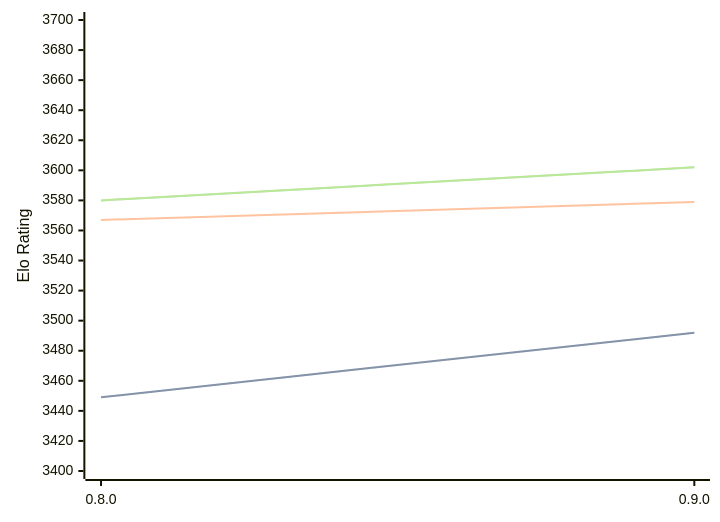
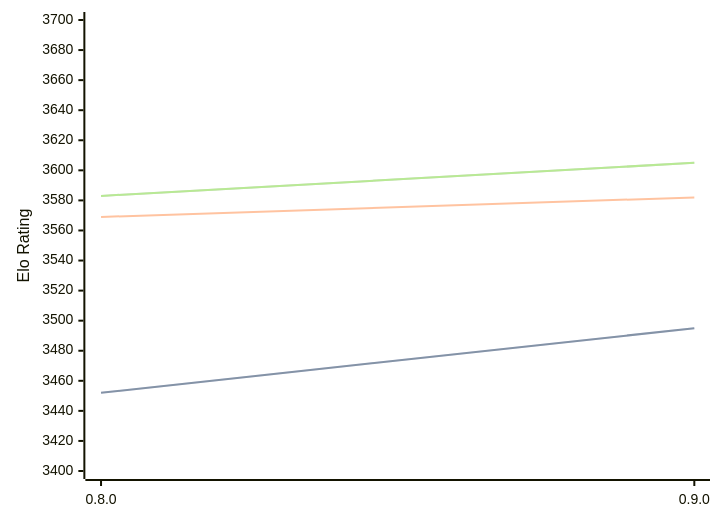
One commit to computer-chess-index/cci changed the diagram in engines/Reckless.md. Above: the diagram before and after it, drawn with Mermaid. The commit also changed other lines of this file, not shown here.

Commit message:
Update CCI Ratings (ELO VLTC) - 2026-09-24

````diff
--- a/engines/Reckless.md
+++ b/engines/Reckless.md
@@ -32,11 +32,11 @@
 ```mermaid
 %%{init: {"theme":"base","themeVariables":{"seriesColors:['#a3a3a3','#222221','#faa371']}}}%%
 xychart-beta
   x-axis ["0.8.0", "0.9.0"]
   y-axis "Elo Rating" 3400 --> 3700
-  line "" [3449, 3492]
-  line "STC (8.0+0.08s)" [3449, 3492]
-  line "LTC (60.0+0.60s)" [3567, 3579]
-  line "" [3580, 3602]
-  line "VLTC (2m24s+1.12s)" [3580, 3602]
+  line "" [3452, 3495]
+  line "STC (8.0+0.08s)" [3452, 3495]
+  line "LTC (60.0+0.60s)" [3569, 3582]
+  line "" [3583, 3605]
+  line "VLTC (2m24s+1.12s)" [3583, 3605]
 ```
````
